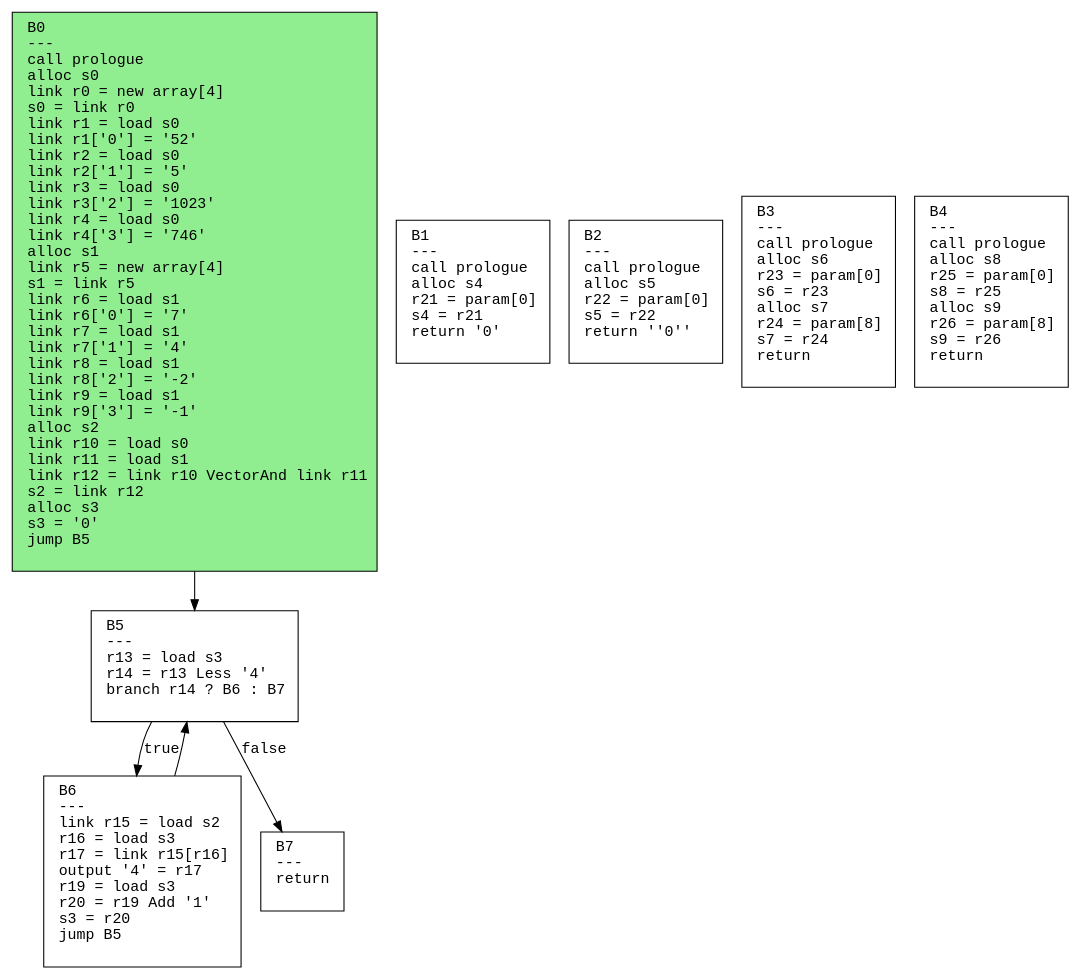
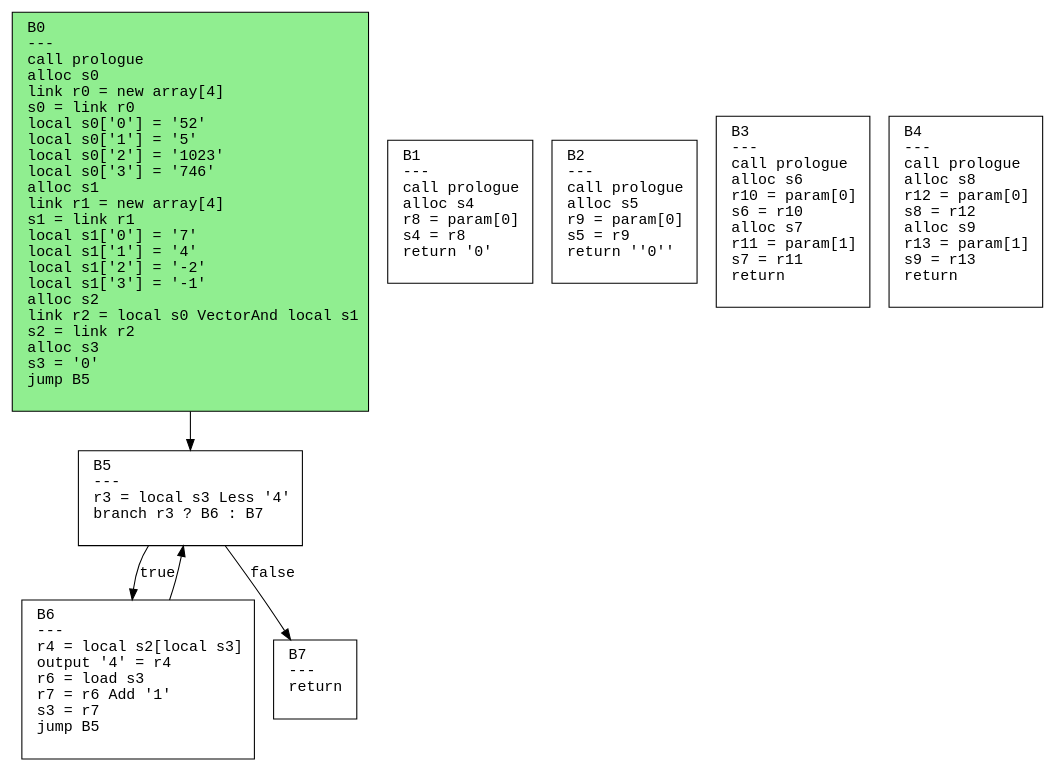
The diagram in output/bitwise.dot (safarislava/ProcTranslator), drawn with Graphviz before and after one commit. The commit also changed 38 other files, not shown here.

```diff
--- a/output/bitwise.dot
+++ b/output/bitwise.dot
@@ -1,19 +1,19 @@
 digraph CFG {
   rankdir=TB;
   node [shape=box, fontname="Courier", style=filled, fillcolor=white, margin="0.2,0.1"];
   edge [fontname="Courier"];
 
-  "B0" [label="B0\l---\lcall prologue\lalloc s0\llink r0 = new array[4]\ls0 = link r0\llink r1 = load s0\llink r1['0'] = '52'\llink r2 = load s0\llink r2['1'] = '5'\llink r3 = load s0\llink r3['2'] = '1023'\llink r4 = load s0\llink r4['3'] = '746'\lalloc s1\llink r5 = new array[4]\ls1 = link r5\llink r6 = load s1\llink r6['0'] = '7'\llink r7 = load s1\llink r7['1'] = '4'\llink r8 = load s1\llink r8['2'] = '-2'\llink r9 = load s1\llink r9['3'] = '-1'\lalloc s2\llink r10 = load s0\llink r11 = load s1\llink r12 = link r10 VectorAnd link r11\ls2 = link r12\lalloc s3\ls3 = '0'\ljump B5\l "];
-  "B1" [label="B1\l---\lcall prologue\lalloc s4\lr21 = param[0]\ls4 = r21\lreturn '0'\l "];
-  "B2" [label="B2\l---\lcall prologue\lalloc s5\lr22 = param[0]\ls5 = r22\lreturn ''0''\l "];
-  "B3" [label="B3\l---\lcall prologue\lalloc s6\lr23 = param[0]\ls6 = r23\lalloc s7\lr24 = param[8]\ls7 = r24\lreturn\l "];
-  "B4" [label="B4\l---\lcall prologue\lalloc s8\lr25 = param[0]\ls8 = r25\lalloc s9\lr26 = param[8]\ls9 = r26\lreturn\l "];
-  "B5" [label="B5\l---\lr13 = load s3\lr14 = r13 Less '4'\lbranch r14 ? B6 : B7\l "];
-  "B6" [label="B6\l---\llink r15 = load s2\lr16 = load s3\lr17 = link r15[r16]\loutput '4' = r17\lr19 = load s3\lr20 = r19 Add '1'\ls3 = r20\ljump B5\l "];
+  "B0" [label="B0\l---\lcall prologue\lalloc s0\llink r0 = new array[4]\ls0 = link r0\llocal s0['0'] = '52'\llocal s0['1'] = '5'\llocal s0['2'] = '1023'\llocal s0['3'] = '746'\lalloc s1\llink r1 = new array[4]\ls1 = link r1\llocal s1['0'] = '7'\llocal s1['1'] = '4'\llocal s1['2'] = '-2'\llocal s1['3'] = '-1'\lalloc s2\llink r2 = local s0 VectorAnd local s1\ls2 = link r2\lalloc s3\ls3 = '0'\ljump B5\l "];
+  "B1" [label="B1\l---\lcall prologue\lalloc s4\lr8 = param[0]\ls4 = r8\lreturn '0'\l "];
+  "B2" [label="B2\l---\lcall prologue\lalloc s5\lr9 = param[0]\ls5 = r9\lreturn ''0''\l "];
+  "B3" [label="B3\l---\lcall prologue\lalloc s6\lr10 = param[0]\ls6 = r10\lalloc s7\lr11 = param[1]\ls7 = r11\lreturn\l "];
+  "B4" [label="B4\l---\lcall prologue\lalloc s8\lr12 = param[0]\ls8 = r12\lalloc s9\lr13 = param[1]\ls9 = r13\lreturn\l "];
+  "B5" [label="B5\l---\lr3 = local s3 Less '4'\lbranch r3 ? B6 : B7\l "];
+  "B6" [label="B6\l---\lr4 = local s2[local s3]\loutput '4' = r4\lr6 = load s3\lr7 = r6 Add '1'\ls3 = r7\ljump B5\l "];
   "B7" [label="B7\l---\lreturn\l "];
   "B0" -> "B5";
   "B5" -> "B6" [label="true"];
   "B5" -> "B7" [label="false"];
   "B6" -> "B5";
   "B0" [fillcolor=lightgreen];
 }
```
